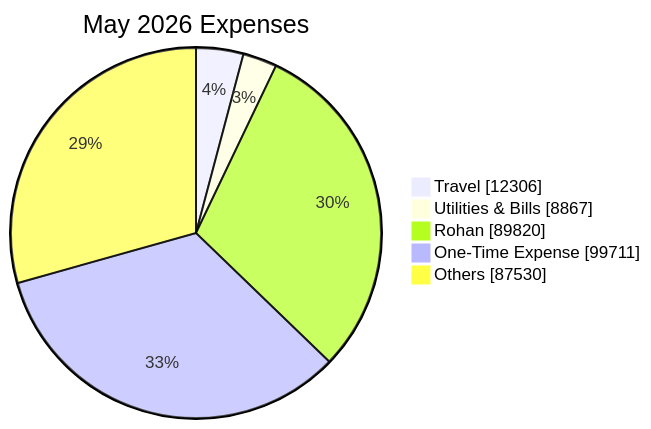
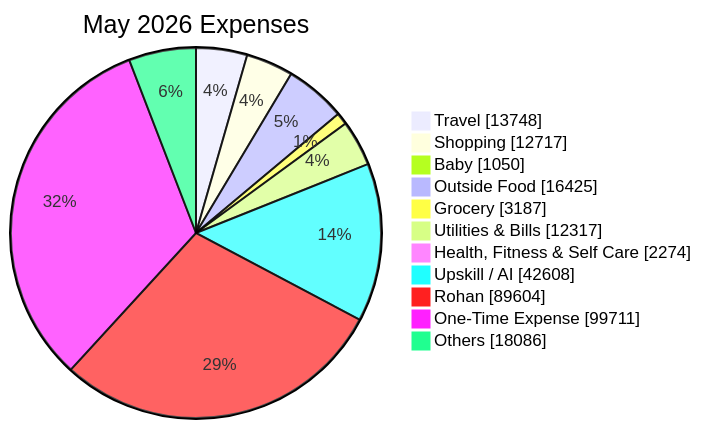
Before and after one commit to sachin-hg/expense-reporter: the second of 2 diagrams in reports/2026-05.md, drawn with Mermaid. The commit also changed other lines of this file and 20 other files, not shown here.

````diff
--- a/reports/2026-05.md
+++ b/reports/2026-05.md
@@ -39,9 +46,15 @@
 ```mermaid
 pie showData
     title May 2026 Expenses
-    "Travel" : 12306
-    "Utilities & Bills" : 8867
-    "Rohan" : 89820
+    "Travel" : 13748
+    "Shopping" : 12717
+    "Baby" : 1050
+    "Outside Food" : 16425
+    "Grocery" : 3187
+    "Utilities & Bills" : 12317
+    "Health, Fitness & Self Care" : 2274
+    "Upskill / AI" : 42608
+    "Rohan" : 89604
     "One-Time Expense" : 99711
-    "Others" : 87530
+    "Others" : 18086
 ```
````
